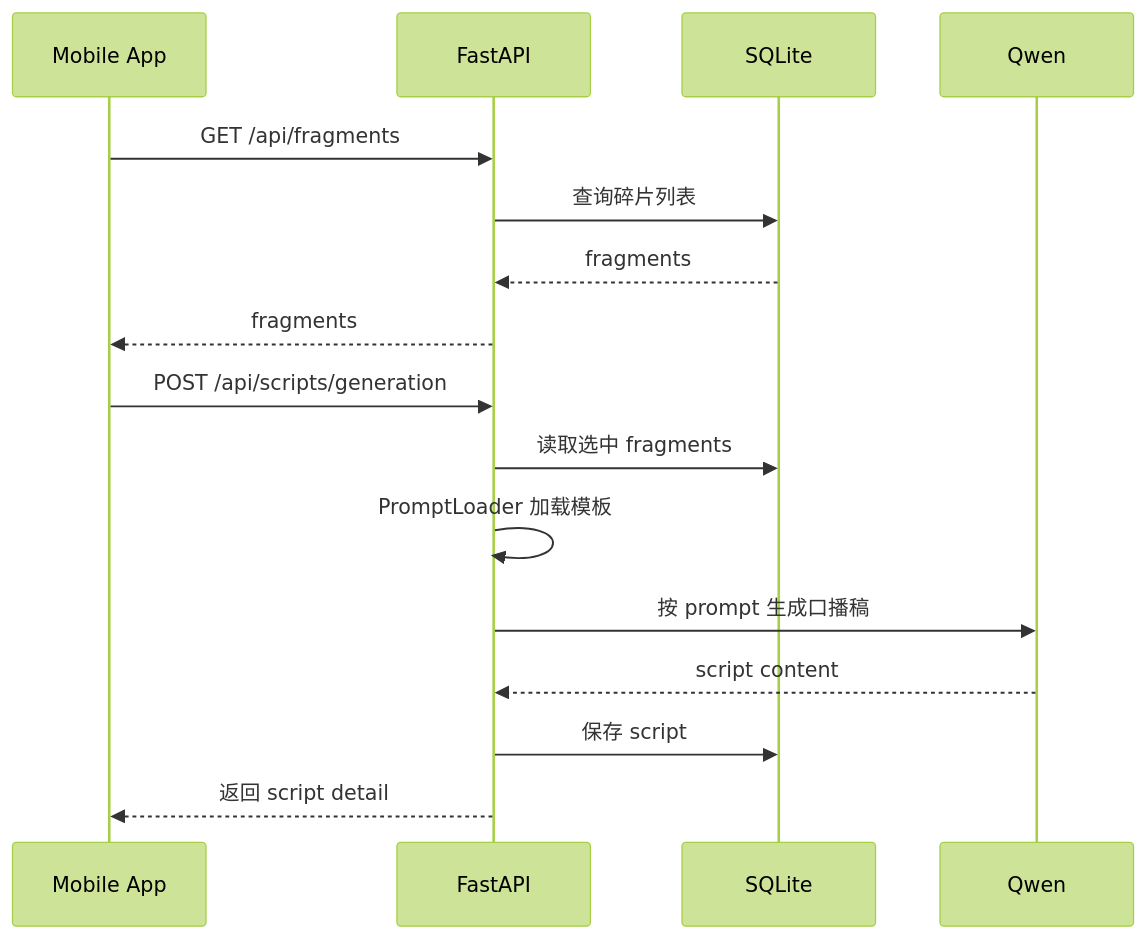
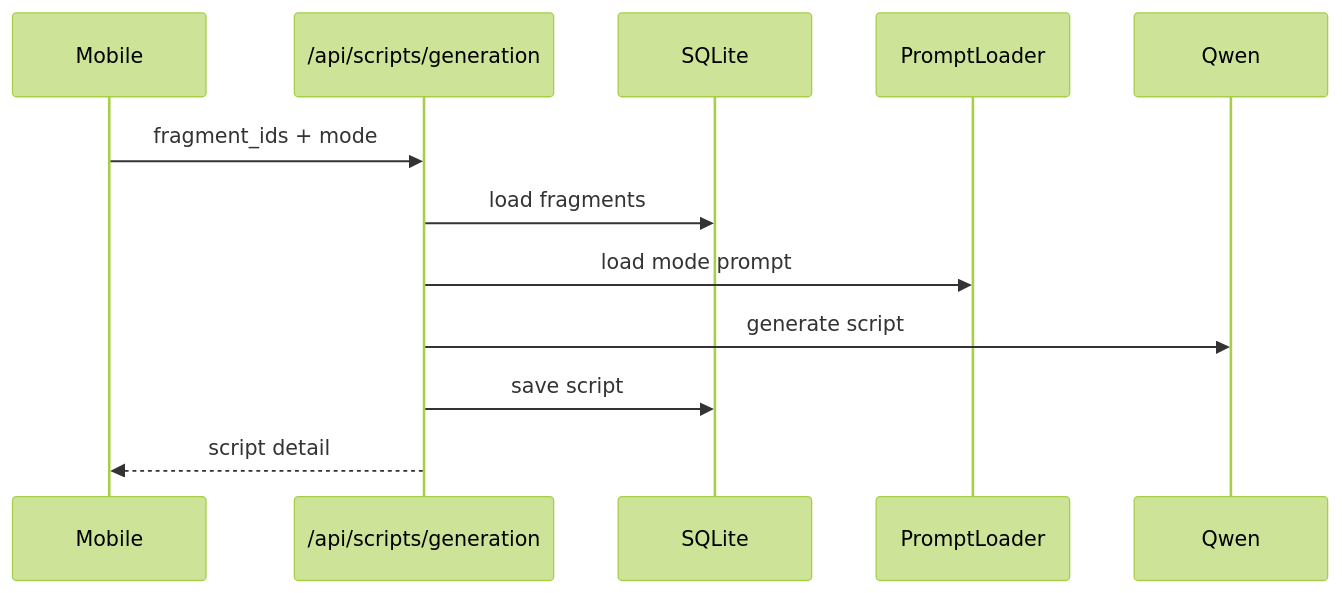
One commit to YCZA2/SparkFlow changed the fifth of 7 diagrams in memory-bank/architecture.md. Above: the diagram before and after it, drawn with Mermaid (forest theme). The commit also changed other lines of this file and 11 other files, not shown here.

````diff
--- a/memory-bank/architecture.md
+++ b/memory-bank/architecture.md
@@ -209,20 +205,15 @@
 ```mermaid
 sequenceDiagram
-    participant App as Mobile App
-    participant API as FastAPI
+    participant App as Mobile
+    participant API as /api/scripts/generation
     participant DB as SQLite
+    participant Prompt as PromptLoader
     participant LLM as Qwen
 
-    App->>API: GET /api/fragments
-    API->>DB: 查询碎片列表
-    DB-->>API: fragments
-    API-->>App: fragments
-
-    App->>API: POST /api/scripts/generation
-    API->>DB: 读取选中 fragments
-    API->>API: PromptLoader 加载模板
-    API->>LLM: 按 prompt 生成口播稿
-    LLM-->>API: script content
-    API->>DB: 保存 script
-    API-->>App: 返回 script detail
+    App->>API: fragment_ids + mode
+    API->>DB: load fragments
+    API->>Prompt: load mode prompt
+    API->>LLM: generate script
+    API->>DB: save script
+    API-->>App: script detail
 ```
````
